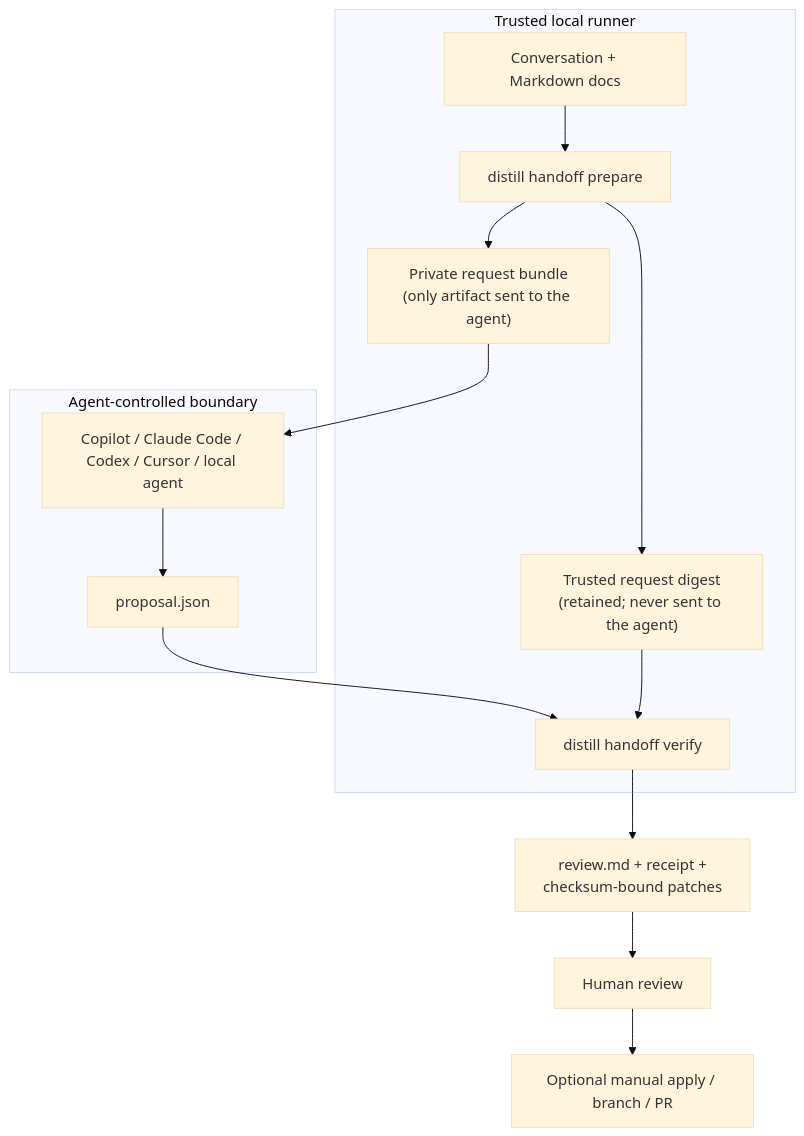
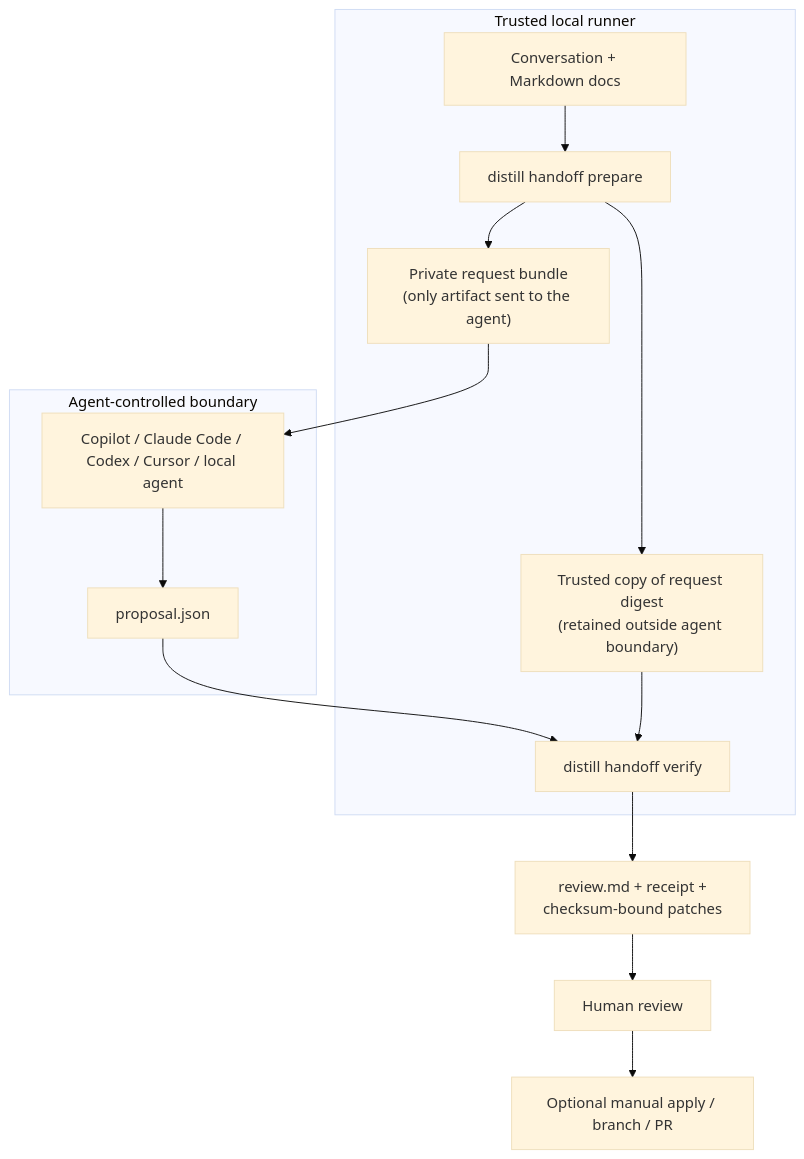
Before and after one commit to Siddhant-K-code/distill: the diagram in docs/handoff-v0.md, drawn with Mermaid (base theme). The commit also changed other lines of this file, not shown here.

Commit message:
docs: correct Handoff digest trust wording

````diff
--- a/docs/handoff-v0.md
+++ b/docs/handoff-v0.md
@@ -16,22 +16,22 @@
 ```mermaid
 flowchart TD
     subgraph trusted["Trusted local runner"]
         sources["Conversation + Markdown docs"] --> prepare["distill handoff prepare"]
         prepare --> bundle["Private request bundle<br/>(only artifact sent to the agent)"]
-        prepare --> digest["Trusted request digest<br/>(retained; never sent to the agent)"]
+        prepare --> digest["Trusted copy of request digest<br/>(retained outside agent boundary)"]
         verify["distill handoff verify"]
     end
 
     subgraph agent["Agent-controlled boundary"]
         models["Copilot / Claude Code / Codex / Cursor / local agent"]
         proposal["proposal.json"]
         models --> proposal
     end
 
     bundle --> models
     proposal --> verify
     digest --> verify
     verify --> artifacts["review.md + receipt +<br/>checksum-bound patches"]
     artifacts --> review["Human review"]
     review --> optional["Optional manual apply / branch / PR"]
 ```
````
